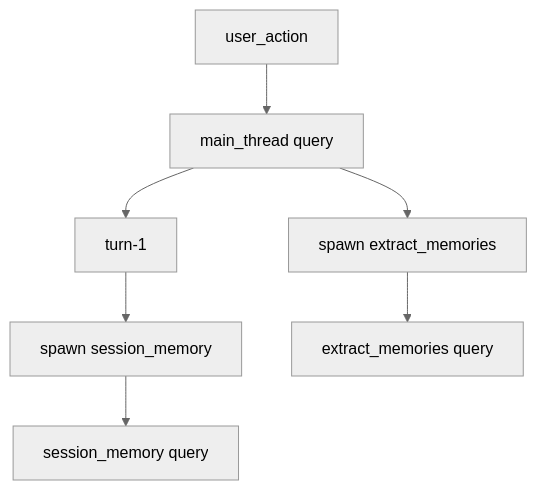
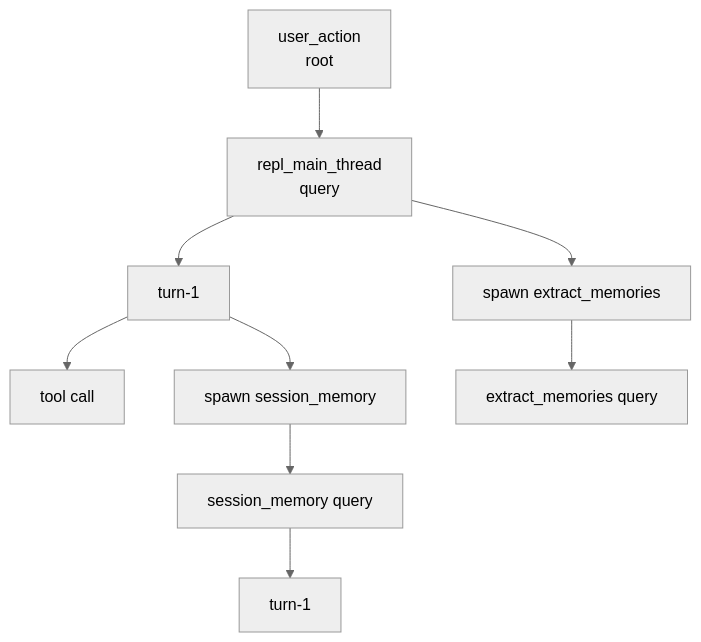
One commit to Bob10492/claude-code-poor changed the fourth of 14 diagrams in README.md. Above: the diagram before and after it, drawn with Mermaid (neutral theme). The commit also changed other lines of this file, not shown here.

````diff
--- a/README.md
+++ b/README.md
@@ -308,13 +276,11 @@
 ```mermaid
 flowchart TD
-  UA[user_action]
-  Q0[main_thread query]
-  T1[turn-1]
-  S1[spawn session_memory]
-  Q1[session_memory query]
-  S2[spawn extract_memories]
-  Q2[extract_memories query]
-  UA --> Q0 --> T1
-  T1 --> S1 --> Q1
-  Q0 --> S2 --> Q2
+  UA["user_action<br/>root"] --> Q0["repl_main_thread<br/>query"]
+  Q0 --> T1["turn-1"]
+  T1 --> ToolA["tool call"]
+  T1 --> S1["spawn session_memory"]
+  S1 --> Q1["session_memory query"]
+  Q1 --> T2["turn-1"]
+  Q0 --> S2["spawn extract_memories"]
+  S2 --> Q2["extract_memories query"]
 ```
````
